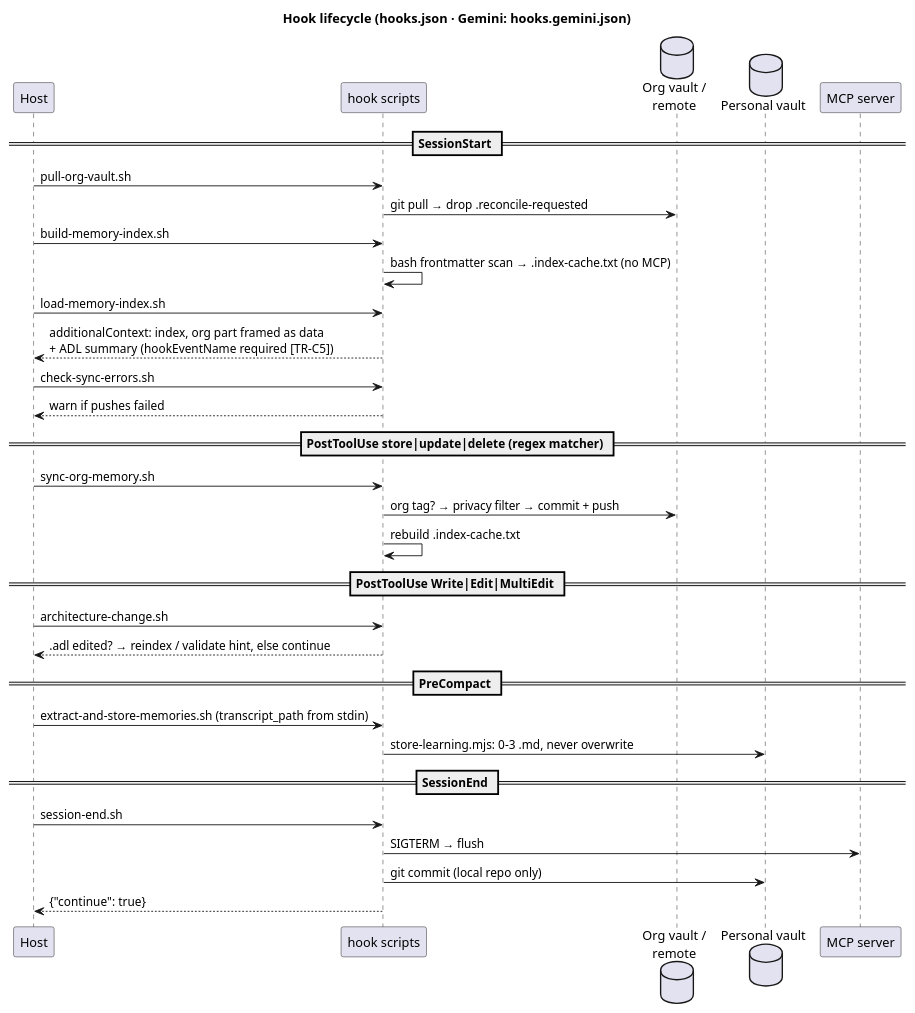
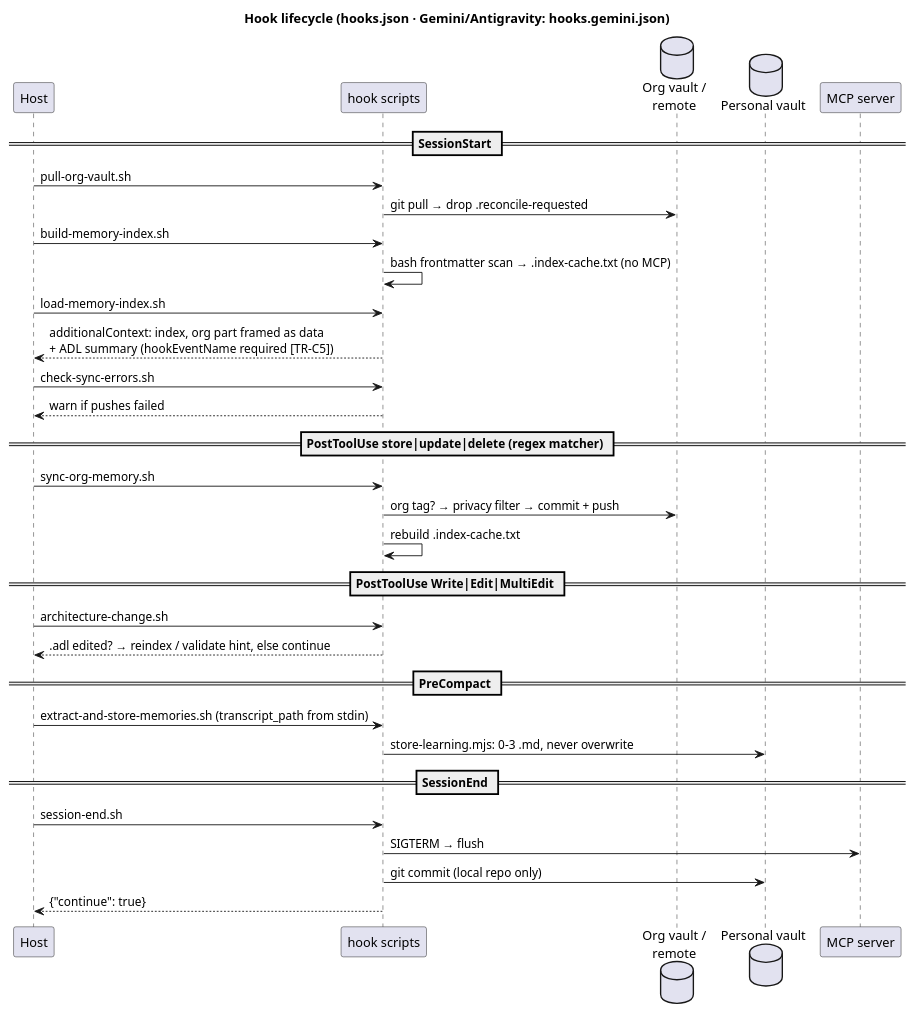
One commit to adrian-balaban/total-recall changed the diagram in plugins/total-recall/architecture/diagrams/hooks.puml. Above: the diagram before and after it, drawn with PlantUML. The commit also changed 13 other files, not shown here.

```diff
--- a/plugins/total-recall/architecture/diagrams/hooks.puml
+++ b/plugins/total-recall/architecture/diagrams/hooks.puml
@@ -1,36 +1,36 @@
 @startuml hooks
 skinparam shadowing false
 skinparam defaultFontName Helvetica
-title Hook lifecycle (hooks.json · Gemini: hooks.gemini.json)
+title Hook lifecycle (hooks.json · Gemini/Antigravity: hooks.gemini.json)
 
 participant "Host" as H
 participant "hook scripts" as S
 database "Org vault /\nremote" as O
 database "Personal vault" as P
 participant "MCP server" as M
 
 == SessionStart ==
 H -> S : pull-org-vault.sh
 S -> O : git pull → drop .reconcile-requested
 H -> S : build-memory-index.sh
 S -> S : bash frontmatter scan → .index-cache.txt (no MCP)
 H -> S : load-memory-index.sh
 S --> H : additionalContext: index, org part framed as data\n+ ADL summary (hookEventName required [TR-C5])
 H -> S : check-sync-errors.sh
 S --> H : warn if pushes failed
 == PostToolUse store|update|delete (regex matcher) ==
 H -> S : sync-org-memory.sh
 S -> O : org tag? → privacy filter → commit + push
 S -> S : rebuild .index-cache.txt
 == PostToolUse Write|Edit|MultiEdit ==
 H -> S : architecture-change.sh
 S --> H : .adl edited? → reindex / validate hint, else continue
 == PreCompact ==
 H -> S : extract-and-store-memories.sh (transcript_path from stdin)
 S -> P : store-learning.mjs: 0–3 .md, never overwrite
 == SessionEnd ==
 H -> S : session-end.sh
 S -> M : SIGTERM → flush
 S -> P : git commit (local repo only)
 S --> H : {"continue": true}
 @enduml
```
